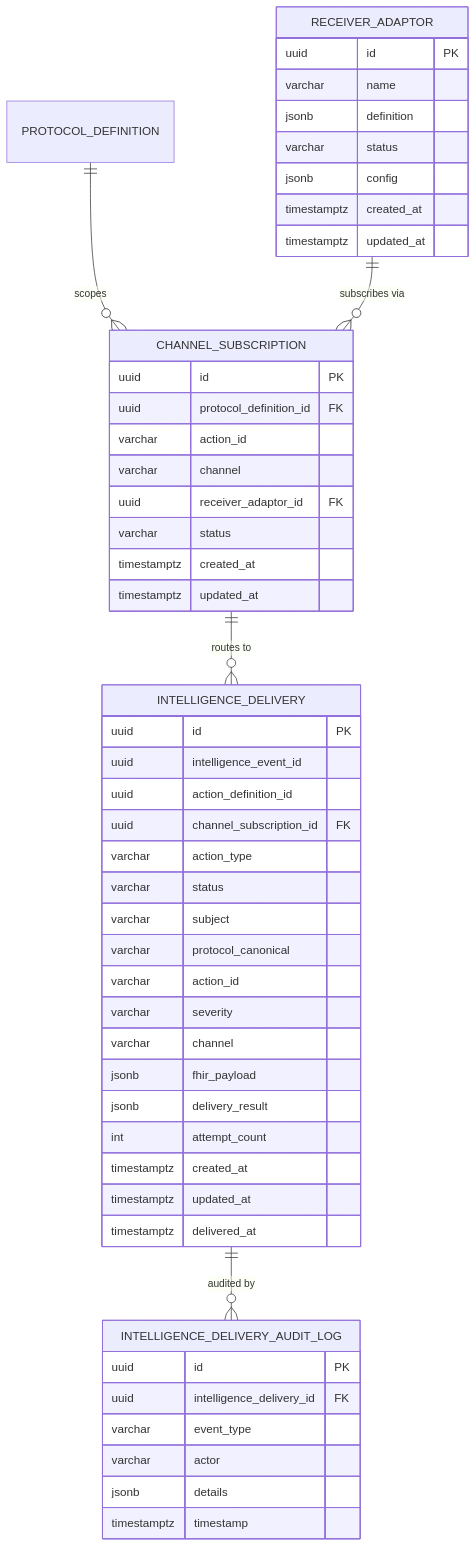
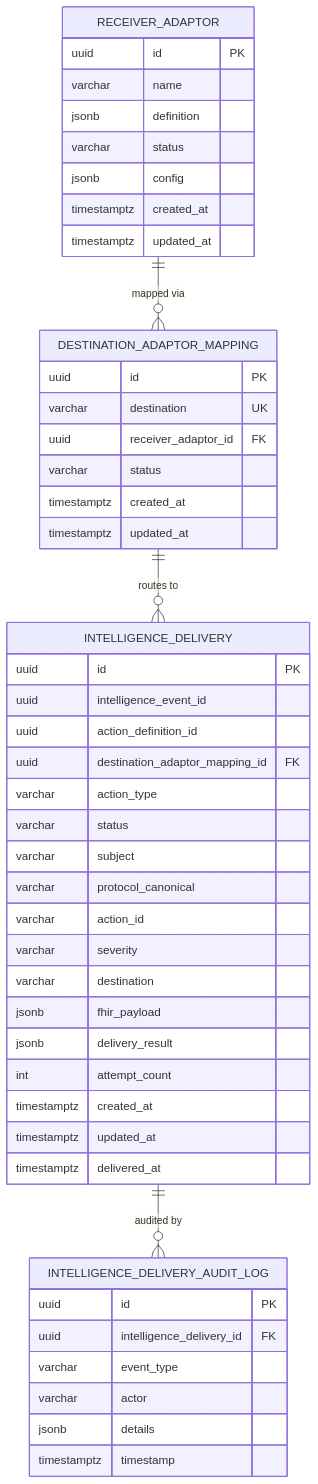
Before and after one commit to Jayaprakash8887/cce-intelligence-service: the diagram in docs/data-dictionary.md, drawn with Mermaid. The commit also changed other lines of this file and 39 other files, not shown here.

First line of the commit message:
feat: Refactor channel subscription to destination adaptor mapping

````diff
--- a/docs/data-dictionary.md
+++ b/docs/data-dictionary.md
@@ -27,57 +27,54 @@
 ```mermaid
 erDiagram
-    PROTOCOL_DEFINITION ||--o{ CHANNEL_SUBSCRIPTION : "scopes"
-    RECEIVER_ADAPTOR ||--o{ CHANNEL_SUBSCRIPTION : "subscribes via"
-    CHANNEL_SUBSCRIPTION ||--o{ INTELLIGENCE_DELIVERY : "routes to"
+    RECEIVER_ADAPTOR ||--o{ DESTINATION_ADAPTOR_MAPPING : "mapped via"
+    DESTINATION_ADAPTOR_MAPPING ||--o{ INTELLIGENCE_DELIVERY : "routes to"
     INTELLIGENCE_DELIVERY ||--o{ INTELLIGENCE_DELIVERY_AUDIT_LOG : "audited by"
 
     RECEIVER_ADAPTOR {
         uuid id PK
         varchar name
         jsonb definition
         varchar status
         jsonb config
         timestamptz created_at
         timestamptz updated_at
     }
 
-    CHANNEL_SUBSCRIPTION {
+    DESTINATION_ADAPTOR_MAPPING {
         uuid id PK
-        uuid protocol_definition_id FK
-        varchar action_id
-        varchar channel
+        varchar destination UK
         uuid receiver_adaptor_id FK
         varchar status
         timestamptz created_at
         timestamptz updated_at
     }
 
     INTELLIGENCE_DELIVERY {
         uuid id PK
         uuid intelligence_event_id
         uuid action_definition_id
-        uuid channel_subscription_id FK
+        uuid destination_adaptor_mapping_id FK
         varchar action_type
         varchar status
         varchar subject
         varchar protocol_canonical
         varchar action_id
         varchar severity
-        varchar channel
+        varchar destination
         jsonb fhir_payload
         jsonb delivery_result
         int attempt_count
         timestamptz created_at
         timestamptz updated_at
         timestamptz delivered_at
     }
 
     INTELLIGENCE_DELIVERY_AUDIT_LOG {
         uuid id PK
         uuid intelligence_delivery_id FK
         varchar event_type
         varchar actor
         jsonb details
         timestamptz timestamp
     }
 ```
````
